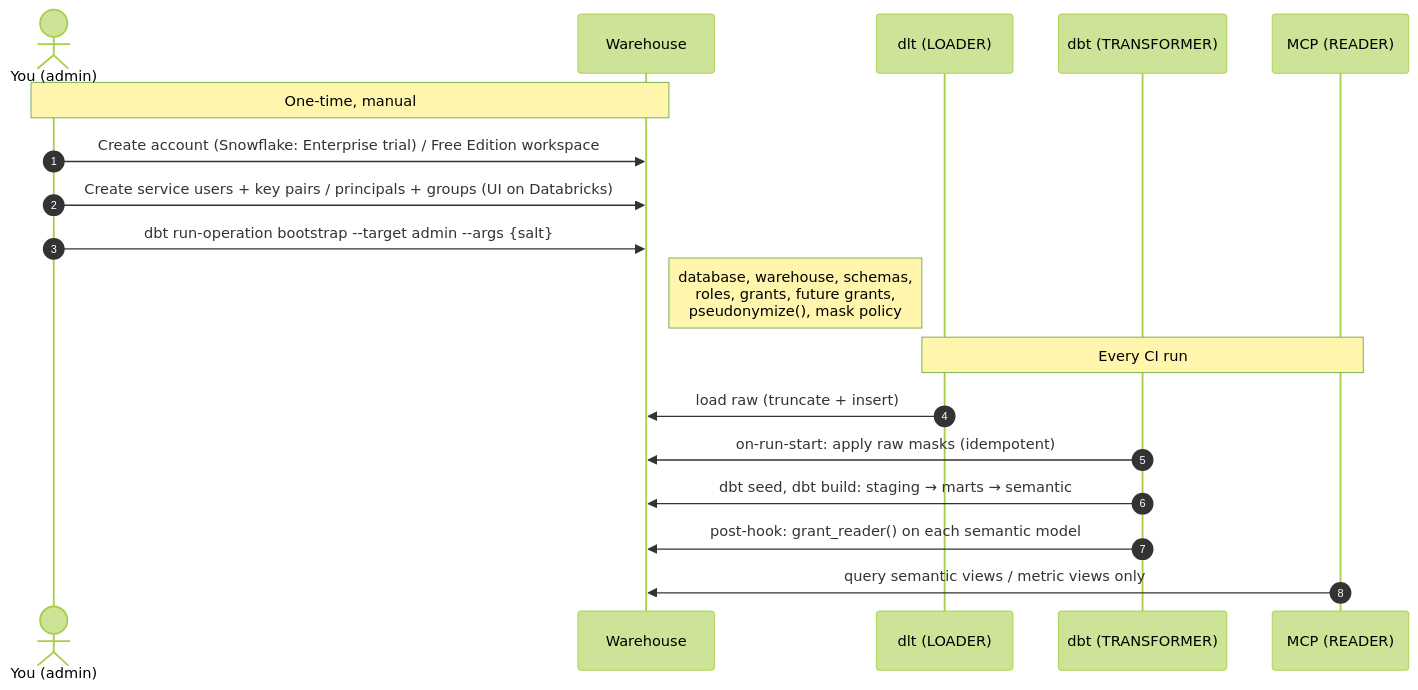
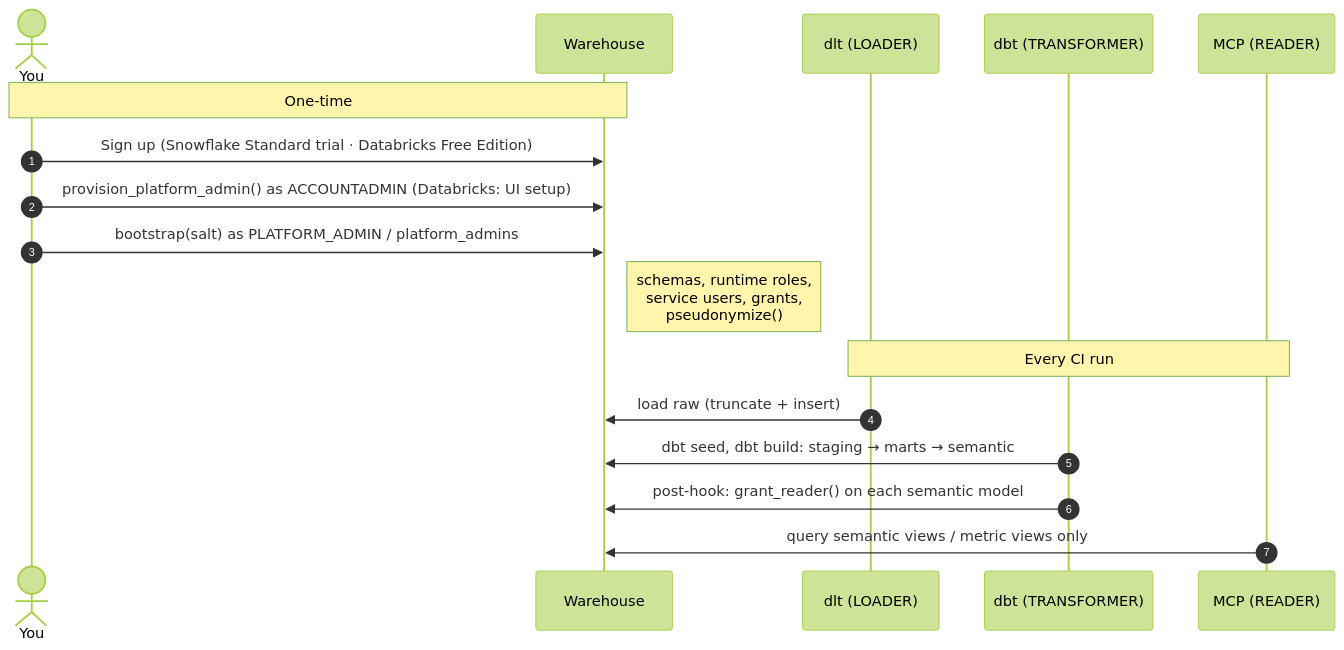
The third of 3 diagrams in docs/design/02a-governance-rbac.md (John-Miller12/portfolio-dual-target-dbt), drawn with Mermaid (forest theme) before and after one commit. The commit also changed other lines of this file, not shown here.

First line of the commit message:
Design 02A rev 2: scoped PLATFORM_ADMIN role, drop dynamic masking

````diff
--- a/docs/design/02a-governance-rbac.md
+++ b/docs/design/02a-governance-rbac.md
@@ -131,22 +171,21 @@
 ```mermaid
 sequenceDiagram
   autonumber
-  actor A as You (admin)
+  actor A as You
   participant W as Warehouse
   participant L as dlt (LOADER)
   participant D as dbt (TRANSFORMER)
   participant M as MCP (READER)
 
-  Note over A,W: One-time, manual
-  A->>W: Create account (Snowflake: Enterprise trial) / Free Edition workspace
-  A->>W: Create service users + key pairs / principals + groups (UI on Databricks)
-  A->>W: dbt run-operation bootstrap --target admin --args {salt}
-  Note right of W: database, warehouse, schemas,<br/>roles, grants, future grants,<br/>pseudonymize(), mask policy
+  Note over A,W: One-time
+  A->>W: Sign up (Snowflake Standard trial · Databricks Free Edition)
+  A->>W: provision_platform_admin() as ACCOUNTADMIN (Databricks: UI setup)
+  A->>W: bootstrap(salt) as PLATFORM_ADMIN / platform_admins
+  Note right of W: schemas, runtime roles,<br/>service users, grants,<br/>pseudonymize()
 
   Note over L,M: Every CI run
   L->>W: load raw (truncate + insert)
-  D->>W: on-run-start: apply raw masks (idempotent)
   D->>W: dbt seed, dbt build: staging → marts → semantic
   D->>W: post-hook: grant_reader() on each semantic model
   M->>W: query semantic views / metric views only
 ```
````
